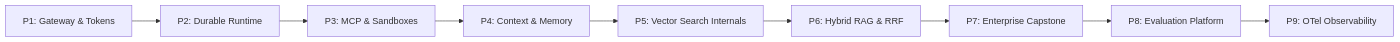
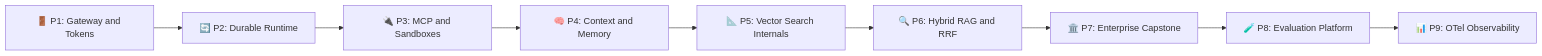
One commit to dip4k/senior-engineer-to-ai-engineer-roadmap changed the third of 11 diagrams in ai-platform-and-agent-infrastructure-roadmap.md. Above: the diagram before and after it, drawn with Mermaid. The commit also changed other lines of this file and 94 other files, not shown here.

Commit message:
refactor(curriculum): complete Phase 04 upgrade and enforce diagram renderer invariants

````diff
--- a/ai-platform-and-agent-infrastructure-roadmap.md
+++ b/ai-platform-and-agent-infrastructure-roadmap.md
@@ -110,11 +109,11 @@
 ```mermaid
 flowchart LR
-    P1["P1: Gateway & Tokens"] --> P2["P2: Durable Runtime"]
-    P2 --> P3["P3: MCP & Sandboxes"]
-    P3 --> P4["P4: Context & Memory"]
-    P4 --> P5["P5: Vector Search Internals"]
-    P5 --> P6["P6: Hybrid RAG & RRF"]
-    P6 --> P7["P7: Enterprise Capstone"]
-    P7 --> P8["P8: Evaluation Platform"]
-    P8 --> P9["P9: OTel Observability"]
+    P1["🚪 P1: Gateway and Tokens"] --> P2["🔄 P2: Durable Runtime"]
+    P2 --> P3["🔌 P3: MCP and Sandboxes"]
+    P3 --> P4["🧠 P4: Context and Memory"]
+    P4 --> P5["📐 P5: Vector Search Internals"]
+    P5 --> P6["🔍 P6: Hybrid RAG and RRF"]
+    P6 --> P7["🏛️ P7: Enterprise Capstone"]
+    P7 --> P8["🧪 P8: Evaluation Platform"]
+    P8 --> P9["📊 P9: OTel Observability"]
 ```
````
